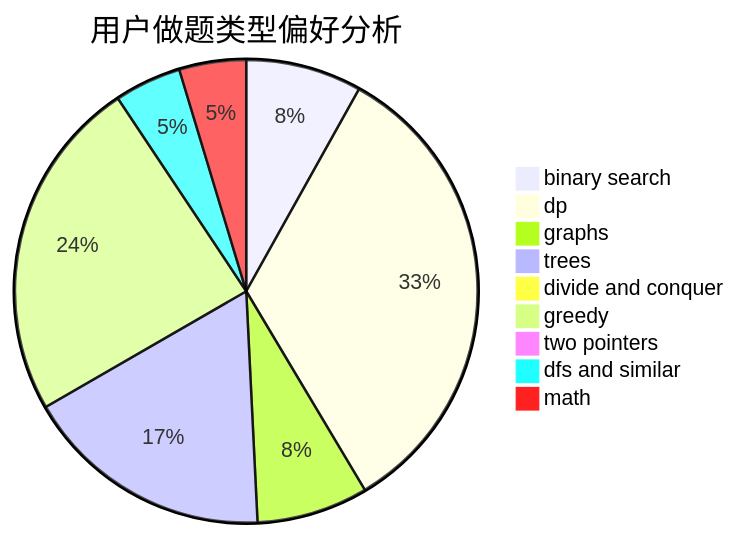
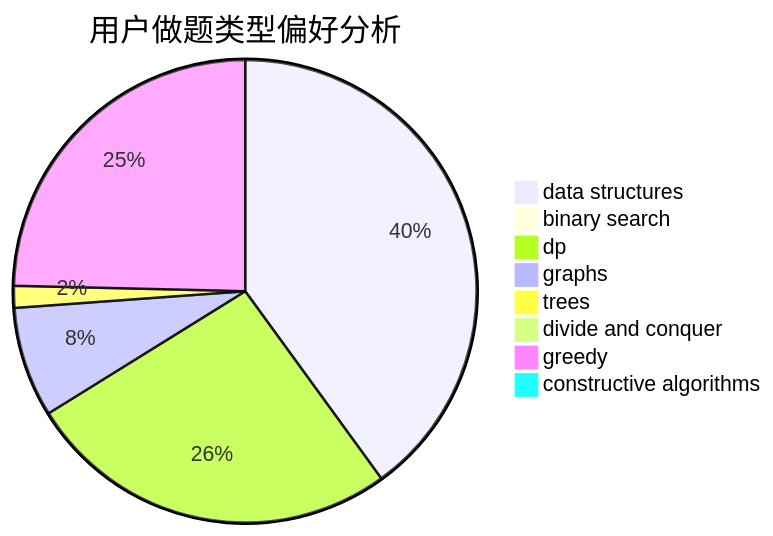
The second of 3 diagrams in docs/user/u2153.md (sherpahu/cfrs.github.io), drawn with Mermaid before and after one commit. The commit also changed other lines of this file and 2775 other files, not shown here.

````diff
--- a/docs/user/u2153.md
+++ b/docs/user/u2153.md
@@ -23,12 +23,11 @@
 ```mermaid
 pie title 用户做题类型偏好分析
-    "binary search" :  26
-    "dp" :  107
-    "graphs" :  25
-    "trees" :  56
-    "divide and conquer" :  3
-    "greedy" :  77
-    "two pointers" :  0
-    "dfs and similar" :  15
-    "math" :  15
+    "data structures" :  26
+    "binary search" :  0
+    "dp" :  17
+    "graphs" :  5
+    "trees" :  1
+    "divide and conquer" :  0
+    "greedy" :  16
+    "constructive algorithms" :  0
 ```
````
